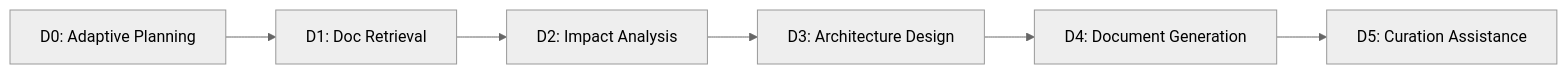
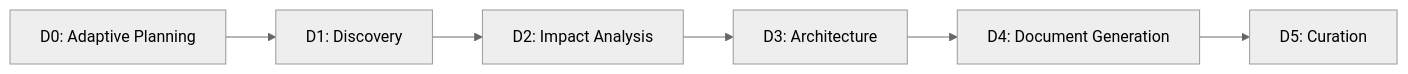
One commit to effiy/YrY changed the diagram in agents/docer/AGENT.md. Above: the diagram before and after it, drawn with Mermaid (neutral theme). The commit also changed other lines of this file and 6 other files, not shown here.

````diff
--- a/agents/docer/AGENT.md
+++ b/agents/docer/AGENT.md
@@ -79,8 +39,8 @@
 ```mermaid
 graph LR
-    S0[D0: Adaptive Planning] --> S1[D1: Doc Retrieval]
-    S1 --> S2[D2: Impact Analysis]
-    S2 --> S3[D3: Architecture Design]
-    S3 --> S4[D4: Document Generation]
-    S4 --> S5[D5: Curation Assistance]
+    D0[D0: Adaptive Planning] --> D1[D1: Discovery]
+    D1 --> D2[D2: Impact Analysis]
+    D2 --> D3[D3: Architecture]
+    D3 --> D4[D4: Document Generation]
+    D4 --> D5[D5: Curation]
 ```
````
